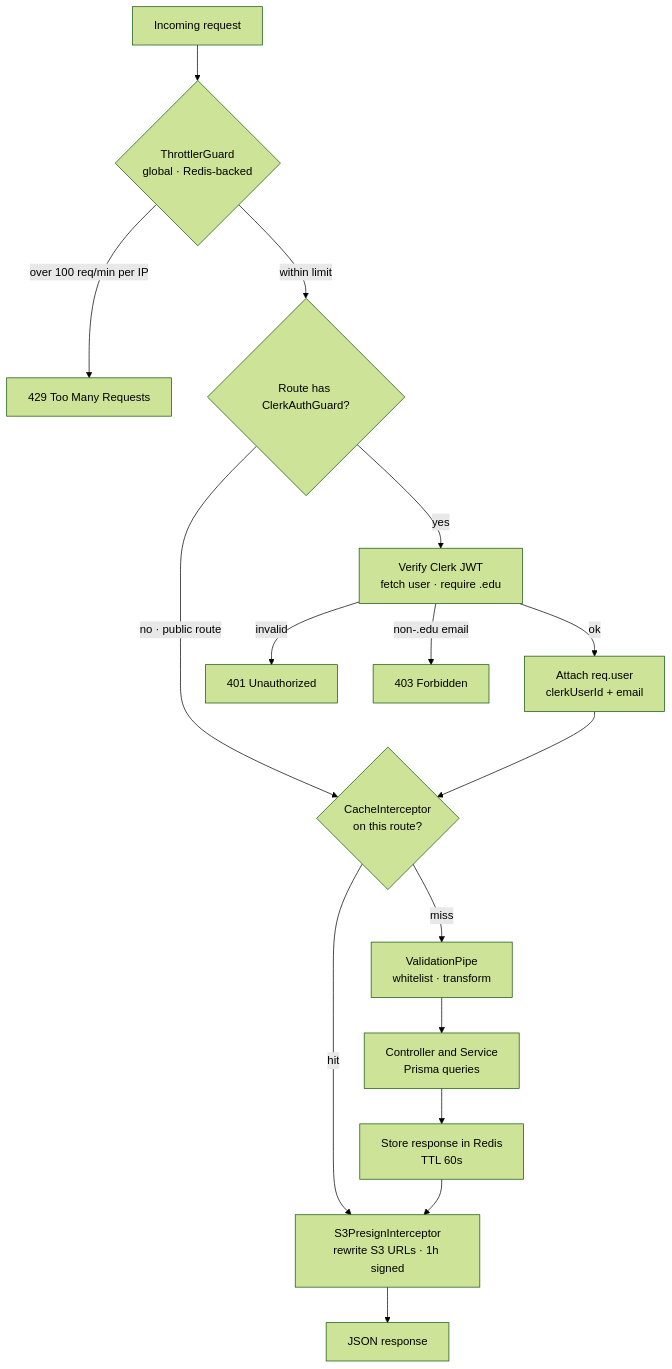
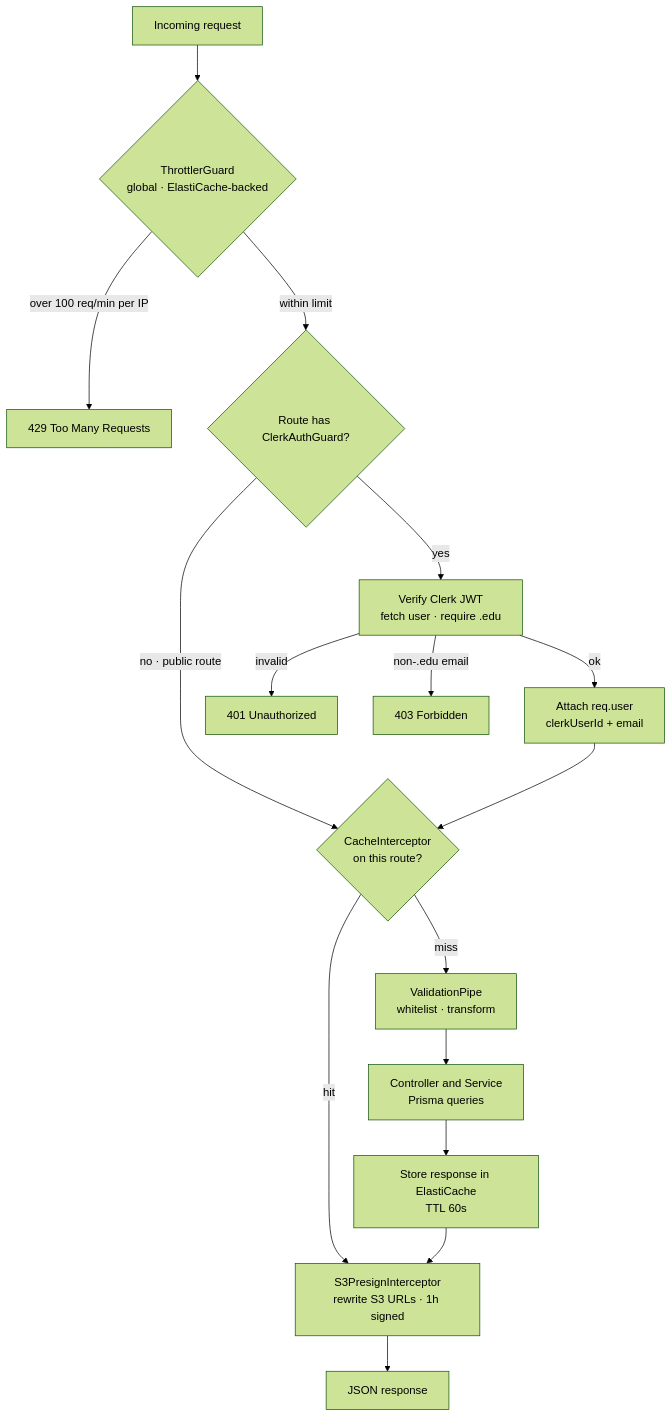
Before and after one commit to kiet08hogit/Orbit: the third of 14 diagrams in README.md, drawn with Mermaid (forest theme). The commit also changed other lines of this file, not shown here.

Commit message:
docs: show ElastiCache and WAF in the architecture diagrams

````diff
--- a/README.md
+++ b/README.md
@@ -190,20 +193,20 @@
 ```mermaid
 flowchart TD
-    Req["Incoming request"] --> Throttle{"ThrottlerGuard<br/>global · Redis-backed"}
+    Req["Incoming request"] --> Throttle{"ThrottlerGuard<br/>global · ElastiCache-backed"}
     Throttle -->|"over 100 req/min per IP"| R429["429 Too Many Requests"]
     Throttle -->|"within limit"| Auth{"Route has ClerkAuthGuard?"}
 
     Auth -->|"no · public route"| Cache
     Auth -->|"yes"| Verify["Verify Clerk JWT<br/>fetch user · require .edu"]
     Verify -->|"invalid"| R401["401 Unauthorized"]
     Verify -->|"non-.edu email"| R403["403 Forbidden"]
     Verify -->|"ok"| Attach["Attach req.user<br/>clerkUserId + email"]
 
     Attach --> Cache{"CacheInterceptor<br/>on this route?"}
     Cache -->|"hit"| Presign
     Cache -->|"miss"| Validate["ValidationPipe<br/>whitelist · transform"]
     Validate --> Handler["Controller and Service<br/>Prisma queries"]
-    Handler --> Store["Store response in Redis<br/>TTL 60s"]
+    Handler --> Store["Store response in ElastiCache<br/>TTL 60s"]
     Store --> Presign["S3PresignInterceptor<br/>rewrite S3 URLs · 1h signed"]
     Presign --> Res["JSON response"]
 ```
````
